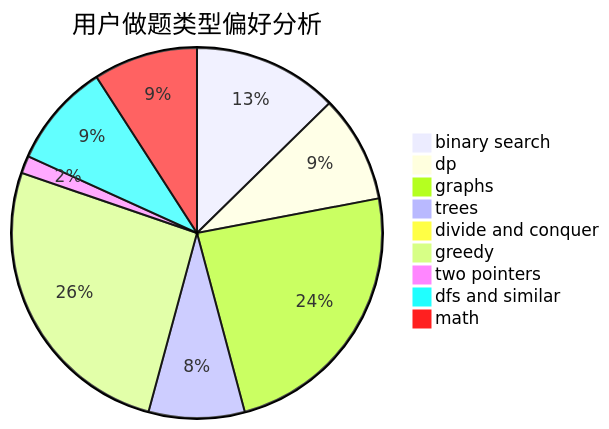
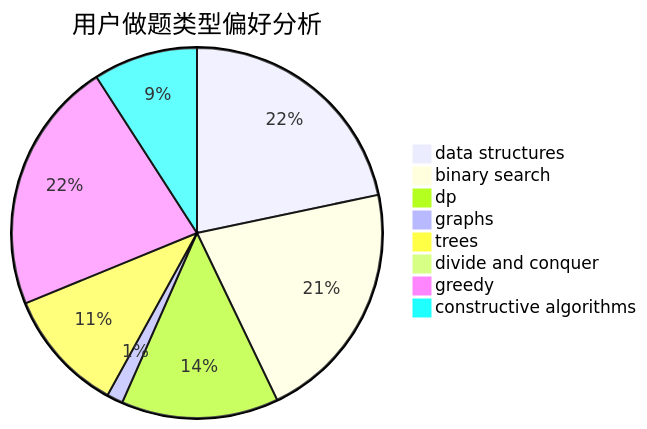
The second of 3 diagrams in docs/user/u742.md (sherpahu/cfrs.github.io), drawn with Mermaid before and after one commit. The commit also changed other lines of this file and 2775 other files, not shown here.

````diff
--- a/docs/user/u742.md
+++ b/docs/user/u742.md
@@ -23,12 +23,11 @@
 ```mermaid
 pie title 用户做题类型偏好分析
-    "binary search" :  207
-    "dp" :  153
-    "graphs" :  390
-    "trees" :  137
+    "data structures" :  169
+    "binary search" :  165
+    "dp" :  107
+    "graphs" :  11
+    "trees" :  84
     "divide and conquer" :  0
-    "greedy" :  426
-    "two pointers" :  25
-    "dfs and similar" :  149
-    "math" :  149
+    "greedy" :  172
+    "constructive algorithms" :  71
 ```
````
